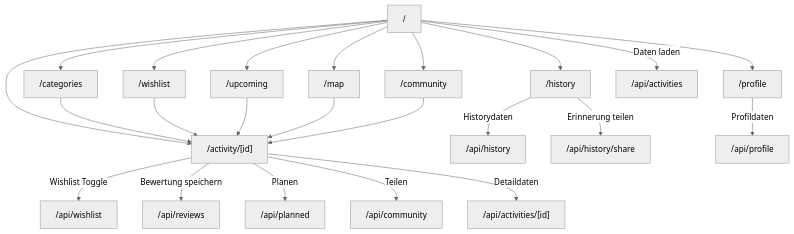
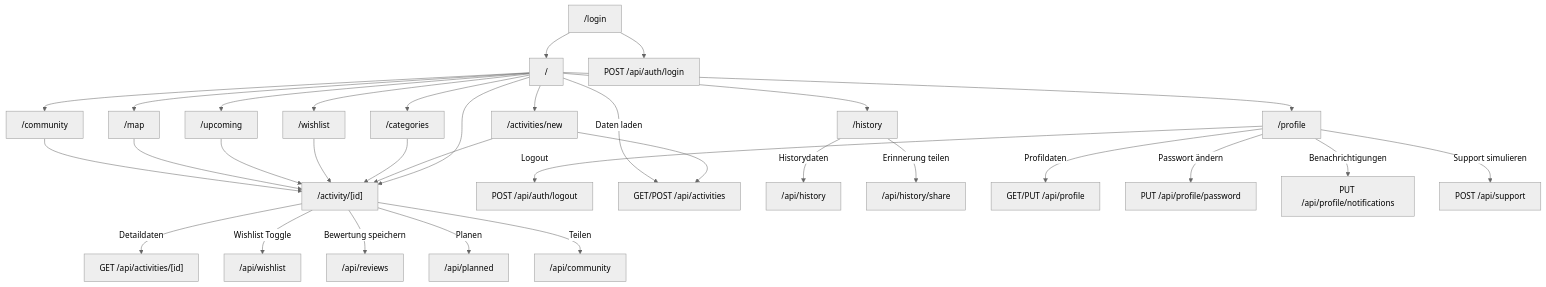
One commit to schjan06/Projekt_DatePlanner changed the second of 2 diagrams in README.md. Above: the diagram before and after it, drawn with Mermaid (neutral theme). The commit also changed other lines of this file, not shown here.

````diff
--- a/README.md
+++ b/README.md
@@ -120,47 +147,63 @@
 ```mermaid
 flowchart TD
+    Login["/login"]
     Root["/"]
+    ActivityNew["/activities/new"]
     Activity["/activity/[id]"]
     Categories["/categories"]
     Wishlist["/wishlist"]
     Upcoming["/upcoming"]
     History["/history"]
     Map["/map"]
     Community["/community"]
     Profile["/profile"]
 
-    ApiActivities["/api/activities"]
-    ApiActivityId["/api/activities/[id]"]
+    ApiLogin["POST /api/auth/login"]
+    ApiLogout["POST /api/auth/logout"]
+    ApiActivities["GET/POST /api/activities"]
+    ApiActivityId["GET /api/activities/[id]"]
     ApiWishlist["/api/wishlist"]
     ApiReviews["/api/reviews"]
     ApiPlanned["/api/planned"]
     ApiHistory["/api/history"]
     ApiHistoryShare["/api/history/share"]
     ApiCommunity["/api/community"]
-    ApiProfile["/api/profile"]
+    ApiProfile["GET/PUT /api/profile"]
+    ApiPassword["PUT /api/profile/password"]
+    ApiNotifications["PUT /api/profile/notifications"]
+    ApiSupport["POST /api/support"]
 
+    Login --> ApiLogin
+    Login --> Root
     Root --> Activity
+    Root --> ActivityNew
     Root --> Categories
     Root --> Wishlist
     Root --> Upcoming
     Root --> History
     Root --> Map
     Root --> Community
     Root --> Profile
 
+    ActivityNew --> ApiActivities
+    ActivityNew --> Activity
     Categories --> Activity
     Wishlist --> Activity
     Upcoming --> Activity
     Map --> Activity
     Community --> Activity
 
+    Root -- "Daten laden" --> ApiActivities
+    Activity -- "Detaildaten" --> ApiActivityId
     Activity -- "Wishlist Toggle" --> ApiWishlist
     Activity -- "Bewertung speichern" --> ApiReviews
     Activity -- "Planen" --> ApiPlanned
     Activity -- "Teilen" --> ApiCommunity
-    Root -- "Daten laden" --> ApiActivities
-    Activity -- "Detaildaten" --> ApiActivityId
+    History -- "Historydaten" --> ApiHistory
     History -- "Erinnerung teilen" --> ApiHistoryShare
     Profile -- "Profildaten" --> ApiProfile
-    History -- "Historydaten" --> ApiHistory
+    Profile -- "Passwort ändern" --> ApiPassword
+    Profile -- "Benachrichtigungen" --> ApiNotifications
+    Profile -- "Support simulieren" --> ApiSupport
+    Profile -- "Logout" --> ApiLogout
 ```
````
